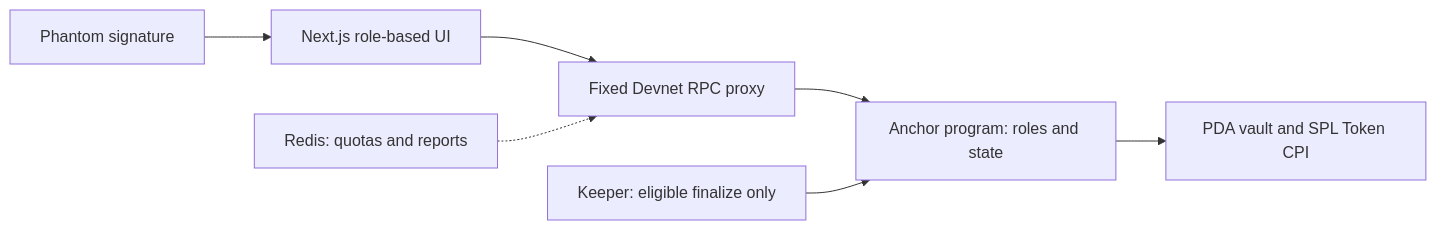
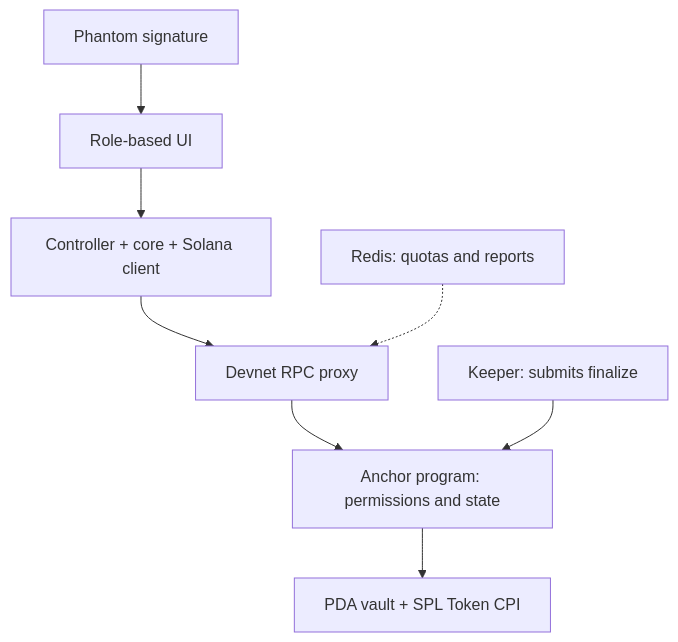
One commit to 2274802010922/pipicachu changed the diagram in README.en.md. Above: the diagram before and after it, drawn with Mermaid. The commit also changed other lines of this file and 3 other files, not shown here.

````diff
--- a/README.en.md
+++ b/README.en.md
@@ -72,9 +114,10 @@
 ```mermaid
-flowchart LR
-  Wallet[Phantom signature] --> Web[Next.js role-based UI]
-  Web --> RPC[Fixed Devnet RPC proxy]
-  RPC --> Program[Anchor program: roles and state]
-  Program --> Vault[PDA vault and SPL Token CPI]
+flowchart TB
+  Wallet[Phantom signature] --> UI[Role-based UI]
+  UI --> Controller[Controller + core + Solana client]
+  Controller --> RPC[Devnet RPC proxy]
   Redis[Redis: quotas and reports] -.-> RPC
-  Keeper[Keeper: eligible finalize only] --> Program
+  RPC --> Program[Anchor program: permissions and state]
+  Keeper[Keeper: submits finalize] --> Program
+  Program --> Vault[PDA vault + SPL Token CPI]
 ```
````
